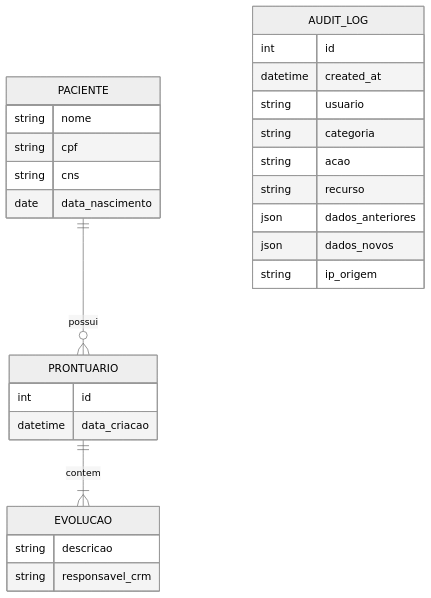
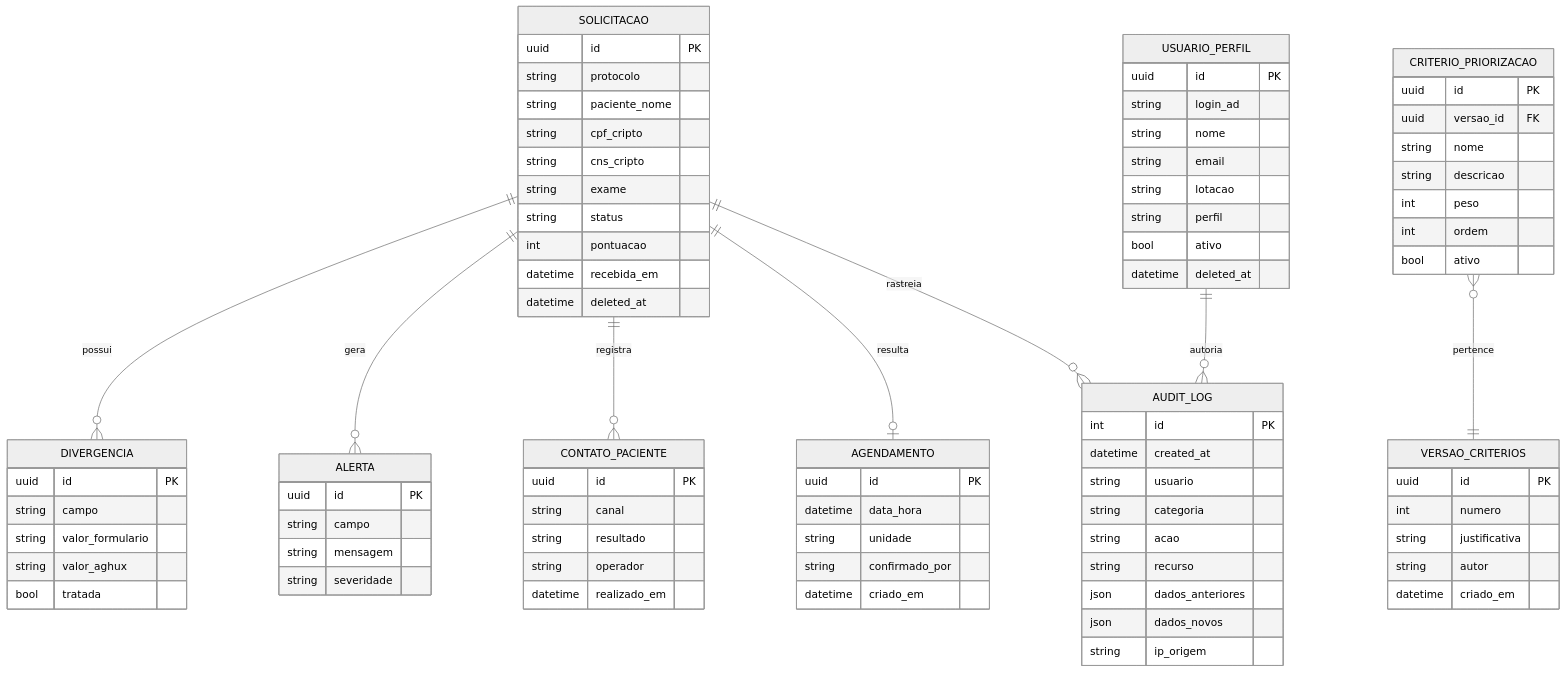
One commit to HCUFPE/Framework-SETISD-HC-UFPE changed the diagram in docs/especificacao/04-modelo-dados.md. Above: the diagram before and after it, drawn with Mermaid (neutral theme). The commit also changed other lines of this file and 41 other files, not shown here.

First line of the commit message:
feat: importar dados AGHUX reais nos mocks do SAE-HC

````diff
--- a/docs/especificacao/04-modelo-dados.md
+++ b/docs/especificacao/04-modelo-dados.md
@@ -4,30 +5,87 @@
 ```mermaid
 erDiagram
-    PACIENTE ||--o{ PRONTUARIO : possui
-    PACIENTE {
-        string nome
-        string cpf
-        string cns
-        date data_nascimento
-    }
-    PRONTUARIO ||--|{ EVOLUCAO : contem
-    PRONTUARIO {
-        int id
-        datetime data_criacao
-    }
-    EVOLUCAO {
-        string descricao
-        string responsavel_crm
-    }
-    AUDIT_LOG {
-        int id
-        datetime created_at
-        string usuario
-        string categoria
-        string acao
-        string recurso
-        json dados_anteriores
-        json dados_novos
-        string ip_origem
-    }
+  SOLICITACAO ||--o{ DIVERGENCIA : possui
+  SOLICITACAO ||--o{ ALERTA : gera
+  SOLICITACAO ||--o{ CONTATO_PACIENTE : registra
+  SOLICITACAO ||--o| AGENDAMENTO : resulta
+  SOLICITACAO ||--o{ AUDIT_LOG : rastreia
+  CRITERIO_PRIORIZACAO }o--|| VERSAO_CRITERIOS : pertence
+  USUARIO_PERFIL ||--o{ AUDIT_LOG : autoria
+
+  SOLICITACAO {
+    uuid id PK
+    string protocolo
+    string paciente_nome
+    string cpf_cripto
+    string cns_cripto
+    string exame
+    string status
+    int pontuacao
+    datetime recebida_em
+    datetime deleted_at
+  }
+  CRITERIO_PRIORIZACAO {
+    uuid id PK
+    uuid versao_id FK
+    string nome
+    string descricao
+    int peso
+    int ordem
+    bool ativo
+  }
+  VERSAO_CRITERIOS {
+    uuid id PK
+    int numero
+    string justificativa
+    string autor
+    datetime criado_em
+  }
+  DIVERGENCIA {
+    uuid id PK
+    string campo
+    string valor_formulario
+    string valor_aghux
+    bool tratada
+  }
+  ALERTA {
+    uuid id PK
+    string campo
+    string mensagem
+    string severidade
+  }
+  CONTATO_PACIENTE {
+    uuid id PK
+    string canal
+    string resultado
+    string operador
+    datetime realizado_em
+  }
+  AGENDAMENTO {
+    uuid id PK
+    datetime data_hora
+    string unidade
+    string confirmado_por
+    datetime criado_em
+  }
+  USUARIO_PERFIL {
+    uuid id PK
+    string login_ad
+    string nome
+    string email
+    string lotacao
+    string perfil
+    bool ativo
+    datetime deleted_at
+  }
+  AUDIT_LOG {
+    int id PK
+    datetime created_at
+    string usuario
+    string categoria
+    string acao
+    string recurso
+    json dados_anteriores
+    json dados_novos
+    string ip_origem
+  }
 ```
````
